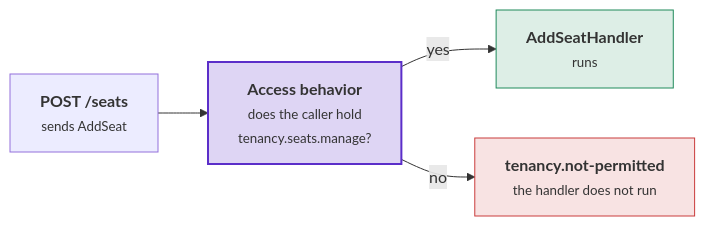
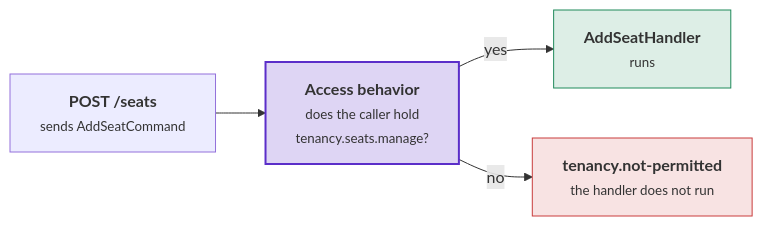
Before and after one commit to DylanSnel/DDDToolkit: the second of 2 diagrams in docs/tenancy/tutorial.md, drawn with Mermaid. The commit also changed other lines of this file and 27 other files, not shown here.

````diff
--- a/docs/tenancy/tutorial.md
+++ b/docs/tenancy/tutorial.md
@@ -512,16 +512,16 @@
 ```mermaid
 flowchart LR
-    route["<b>POST /seats</b><br/><small>sends AddSeat</small>"]
+    route["<b>POST /seats</b><br/><small>sends AddSeatCommand</small>"]
     check["<b>Access behavior</b><br/><small>does the caller hold<br/>tenancy.seats.manage?</small>"]
     handler["<b>AddSeatHandler</b><br/><small>runs</small>"]
     refused["<b>tenancy.not-permitted</b><br/><small>the handler does not run</small>"]
     route --> check
     check -- yes --> handler
     check -- no --> refused
     classDef strong fill:#5b2ec933,stroke:#5b2ec9,stroke-width:2px
     classDef good fill:#1f8a5b26,stroke:#1f8a5b
     classDef bad fill:#c93c3c24,stroke:#c93c3c
     class check strong
     class handler good
     class refused bad
 ```
````
